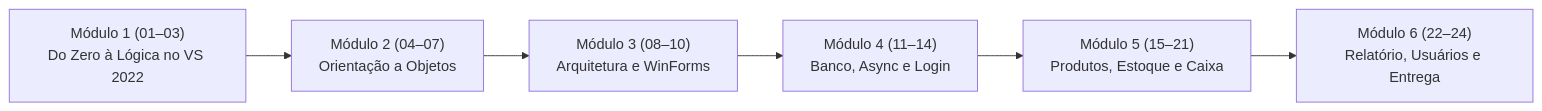
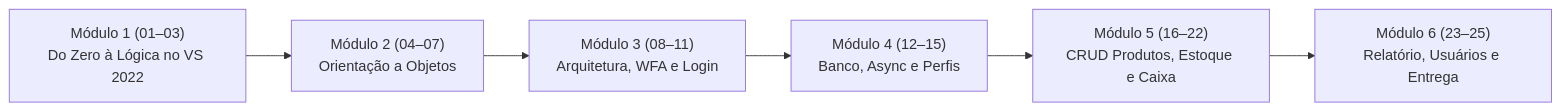
One commit to diogofragoso/roteiro_de_aprendizagem_C-sharp changed the diagram in README.md. Above: the diagram before and after it, drawn with Mermaid. The commit also changed other lines of this file and 29 other files, not shown here.

````diff
--- a/README.md
+++ b/README.md
@@ -20,8 +20,8 @@
 ```mermaid
 flowchart LR
     M1["Módulo 1 (01–03)<br/>Do Zero à Lógica no VS 2022"] --> M2["Módulo 2 (04–07)<br/>Orientação a Objetos"]
-    M2 --> M3["Módulo 3 (08–10)<br/>Arquitetura e WinForms"]
-    M3 --> M4["Módulo 4 (11–14)<br/>Banco, Async e Login"]
-    M4 --> M5["Módulo 5 (15–21)<br/>Produtos, Estoque e Caixa"]
-    M5 --> M6["Módulo 6 (22–24)<br/>Relatório, Usuários e Entrega"]
+    M2 --> M3["Módulo 3 (08–11)<br/>Arquitetura, WFA e Login"]
+    M3 --> M4["Módulo 4 (12–15)<br/>Banco, Async e Perfis"]
+    M4 --> M5["Módulo 5 (16–22)<br/>CRUD Produtos, Estoque e Caixa"]
+    M5 --> M6["Módulo 6 (23–25)<br/>Relatório, Usuários e Entrega"]
 ```
````
